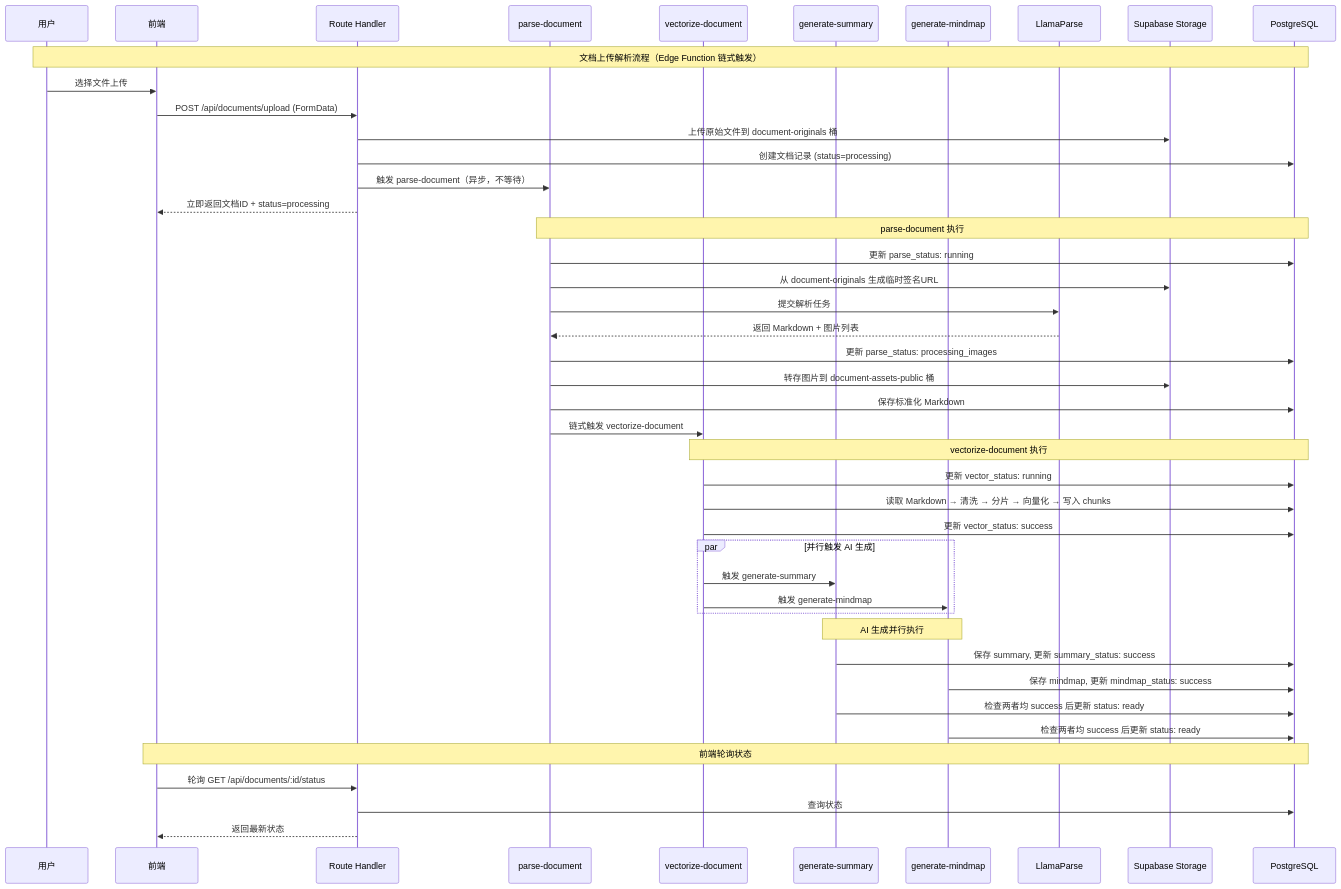
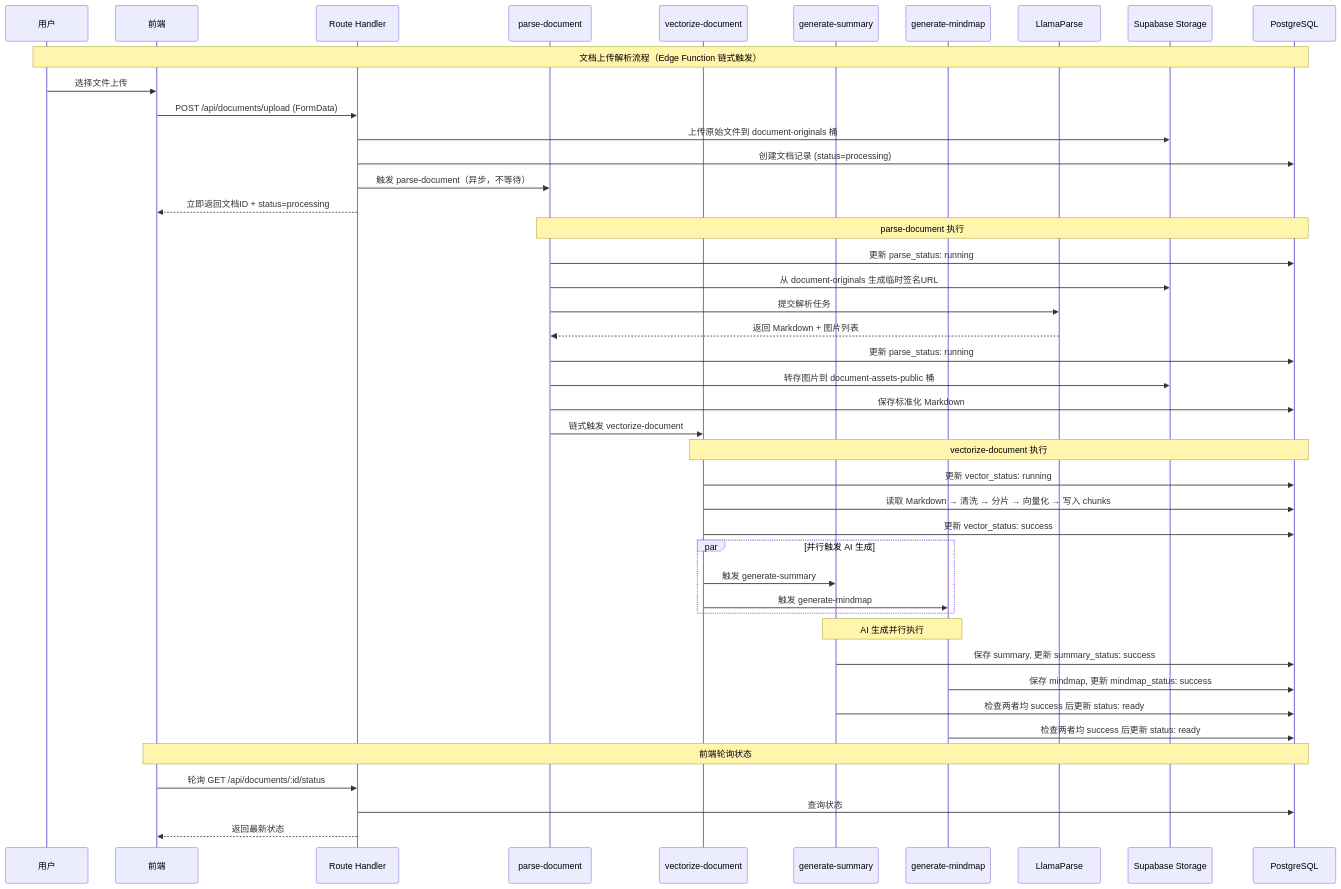
The second of 9 diagrams in .kiro/specs/noter-document-management/design.md (Jett191/noter), drawn with Mermaid before and after one commit. The commit also changed other lines of this file and 3 other files, not shown here.

````diff
--- a/.kiro/specs/noter-document-management/design.md
+++ b/.kiro/specs/noter-document-management/design.md
@@ -67,51 +67,51 @@
 ```mermaid
 sequenceDiagram
     participant U as 用户
     participant FE as 前端
     participant API as Route Handler
     participant EF1 as parse-document
     participant EF2 as vectorize-document
     participant EF3 as generate-summary
     participant EF4 as generate-mindmap
     participant LP as LlamaParse
     participant S3 as Supabase Storage
     participant DB as PostgreSQL
 
     Note over U,DB: 文档上传解析流程（Edge Function 链式触发）
     U->>FE: 选择文件上传
     FE->>API: POST /api/documents/upload (FormData)
     API->>S3: 上传原始文件到 document-originals 桶
     API->>DB: 创建文档记录 (status=processing)
     API->>EF1: 触发 parse-document（异步，不等待）
     API-->>FE: 立即返回文档ID + status=processing
 
     Note over EF1,DB: parse-document 执行
     EF1->>DB: 更新 parse_status: running
     EF1->>S3: 从 document-originals 生成临时签名URL
     EF1->>LP: 提交解析任务
     LP-->>EF1: 返回 Markdown + 图片列表
-    EF1->>DB: 更新 parse_status: processing_images
+    EF1->>DB: 更新 parse_status: running
     EF1->>S3: 转存图片到 document-assets-public 桶
     EF1->>DB: 保存标准化 Markdown
     EF1->>EF2: 链式触发 vectorize-document
 
     Note over EF2,DB: vectorize-document 执行
     EF2->>DB: 更新 vector_status: running
     EF2->>DB: 读取 Markdown → 清洗 → 分片 → 向量化 → 写入 chunks
     EF2->>DB: 更新 vector_status: success
     par 并行触发 AI 生成
         EF2->>EF3: 触发 generate-summary
         EF2->>EF4: 触发 generate-mindmap
     end
 
     Note over EF3,EF4: AI 生成并行执行
     EF3->>DB: 保存 summary, 更新 summary_status: success
     EF4->>DB: 保存 mindmap, 更新 mindmap_status: success
     EF3->>DB: 检查两者均 success 后更新 status: ready
     EF4->>DB: 检查两者均 success 后更新 status: ready
 
     Note over FE,DB: 前端轮询状态
     FE->>API: 轮询 GET /api/documents/:id/status
     API->>DB: 查询状态
     API-->>FE: 返回最新状态
 ```
````
